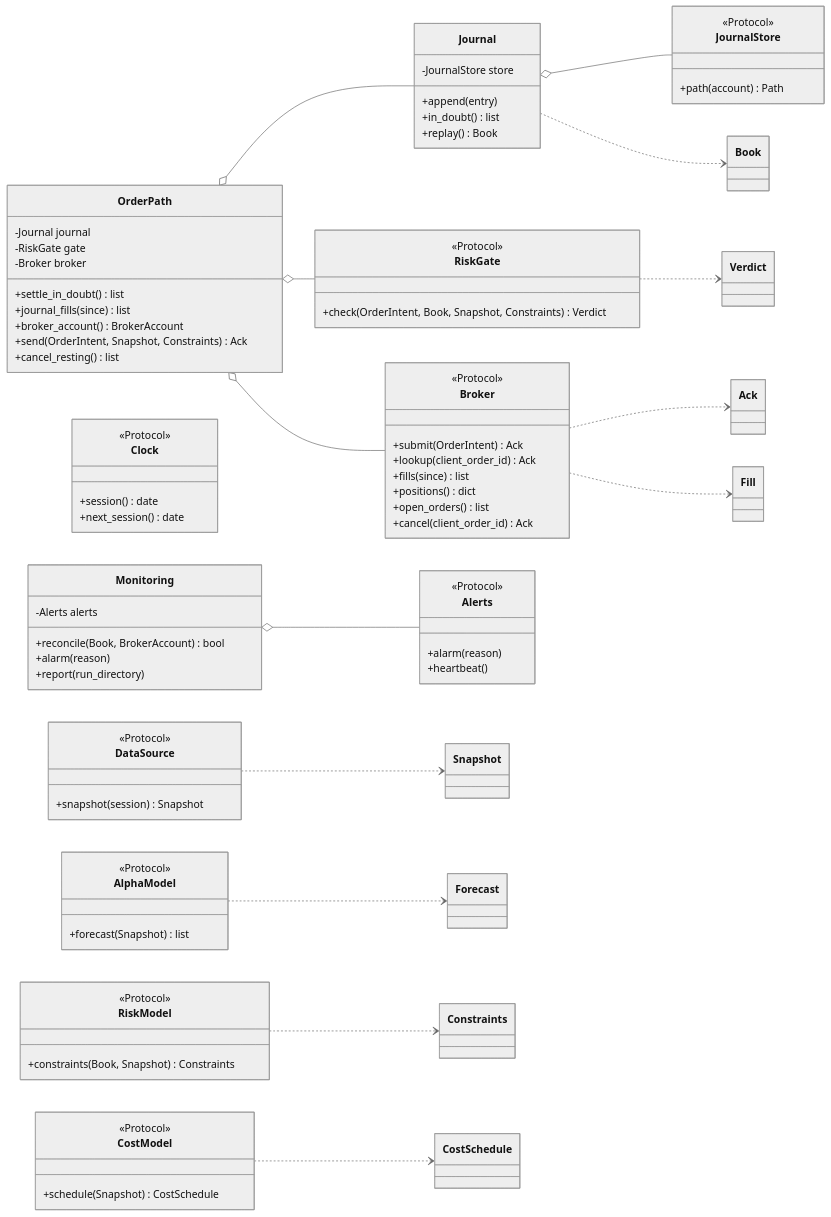
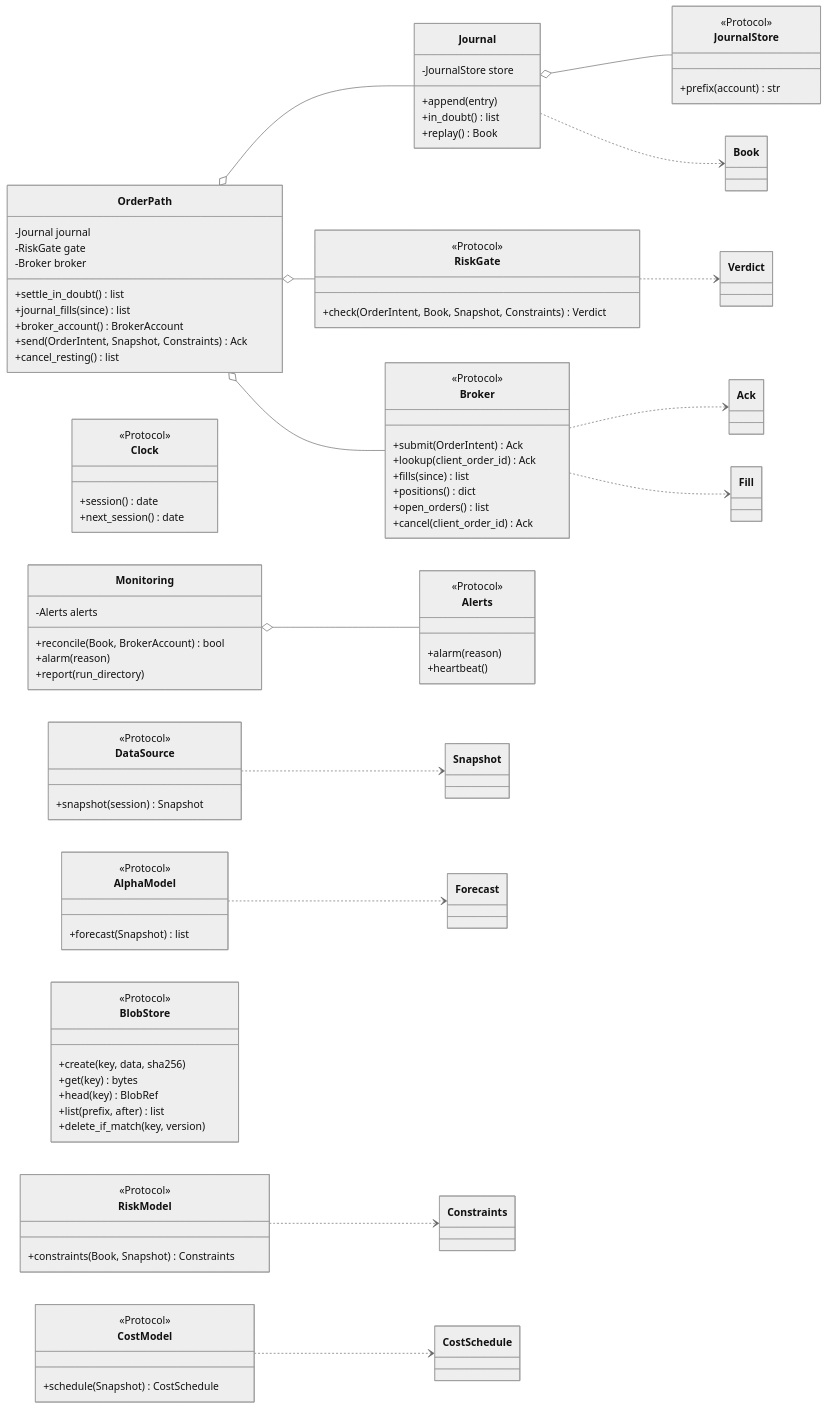
Before and after one commit to l3a0/ithildin-runtime: diagram 11 of 16 in docs/architecture.md, drawn with Mermaid (neutral theme). The commit also changed other lines of this file and 1 other file, not shown here.

```diff
--- a/docs/architecture.md
+++ b/docs/architecture.md
@@ -1026,9 +1026,17 @@
         <<Protocol>>
         +check(OrderIntent, Book, Snapshot, Constraints) Verdict
     }
+    class BlobStore {
+        <<Protocol>>
+        +create(key, data, sha256)
+        +get(key) bytes
+        +head(key) BlobRef
+        +list(prefix, after) list
+        +delete_if_match(key, version)
+    }
     class JournalStore {
         <<Protocol>>
-        +path(account) Path
+        +prefix(account) str
     }
     class Alerts {
         <<Protocol>>
```
